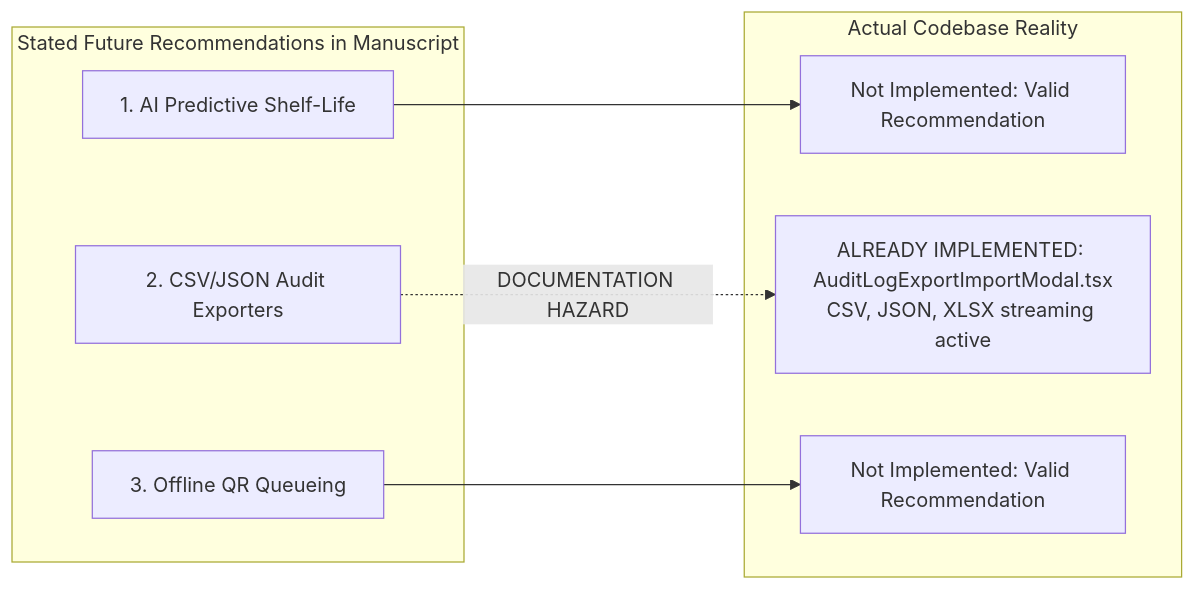
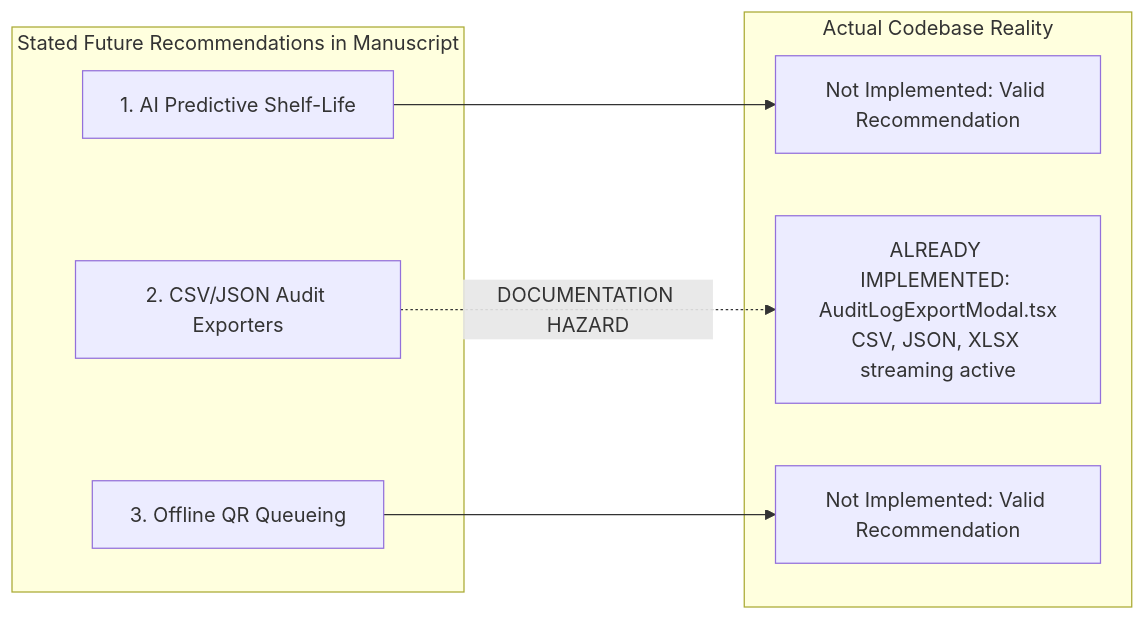
The third of 4 diagrams in THESIS_VS_SYSTEM_ALIGNMENT_AUDIT.md (Godwynski/lumina-lms), drawn with Mermaid before and after one commit. The commit also changed other lines of this file and 20 other files, not shown here.

First line of the commit message:
Apply teammate feedback: retire Graduated/Deleted, fix fine unit, drop audit import

````diff
--- a/THESIS_VS_SYSTEM_ALIGNMENT_AUDIT.md
+++ b/THESIS_VS_SYSTEM_ALIGNMENT_AUDIT.md
@@ -368,18 +368,18 @@
 ```mermaid
 graph LR
     subgraph Stated Future Recommendations in Manuscript
         R1[1. AI Predictive Shelf-Life]
         R2[2. CSV/JSON Audit Exporters]
         R3[3. Offline QR Queueing]
     end
 
     subgraph Actual Codebase Reality
         C1[Not Implemented: Valid Recommendation]
-        C2[ALREADY IMPLEMENTED: AuditLogExportImportModal.tsx<br>CSV, JSON, XLSX streaming active]
+        C2[ALREADY IMPLEMENTED: AuditLogExportModal.tsx<br>CSV, JSON, XLSX streaming active]
         C3[Not Implemented: Valid Recommendation]
     end
 
     R1 --> C1
     R2 -.->|DOCUMENTATION HAZARD| C2
     R3 --> C3
 ```
````
